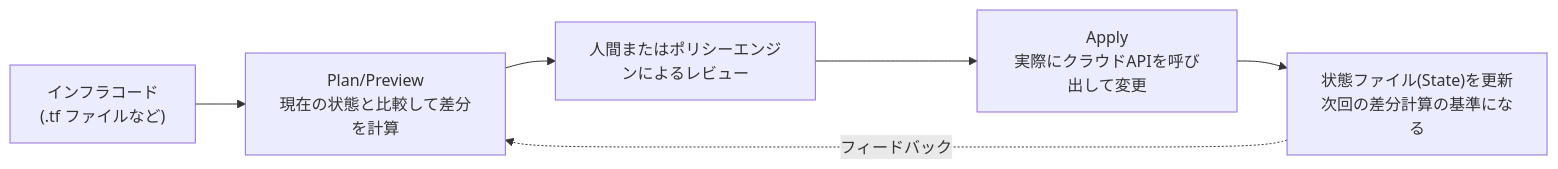
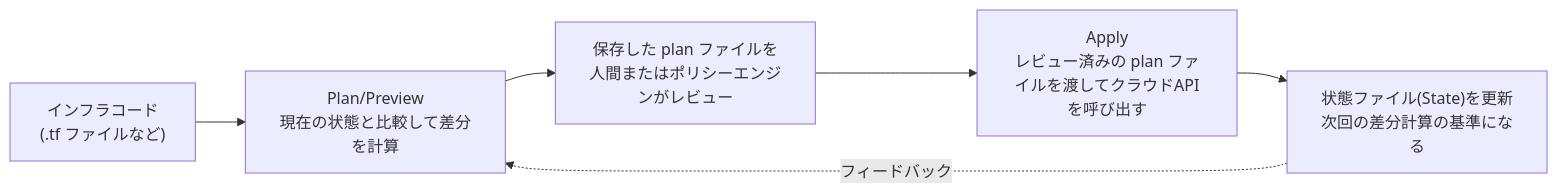
One commit to myoshi2891/Cloud-Infrastructure-Studies changed the eighth of 26 diagrams in Infrastructure-as-code-guide.md. Above: the diagram before and after it, drawn with Mermaid. The commit also changed other lines of this file and 1 other file, not shown here.

Commit message:
docs(iac): clarify plan file passing practice and OpenTofu 1.9 nested override support in IaC guide

````diff
--- a/Infrastructure-as-code-guide.md
+++ b/Infrastructure-as-code-guide.md
@@ -262,8 +262,8 @@
 ```mermaid
 flowchart LR
     Code["インフラコード<br/>(.tf ファイルなど)"] --> Plan["Plan/Preview<br/>現在の状態と比較して差分を計算"]
-    Plan --> Review["人間またはポリシーエンジンによるレビュー"]
-    Review --> Apply["Apply<br/>実際にクラウドAPIを呼び出して変更"]
+    Plan --> Review["保存した plan ファイルを人間またはポリシーエンジンがレビュー"]
+    Review --> Apply["Apply<br/>レビュー済みの plan ファイルを渡してクラウドAPIを呼び出す"]
     Apply --> State["状態ファイル(State)を更新<br/>次回の差分計算の基準になる"]
     State -.フィードバック.-> Plan
 ```
````
